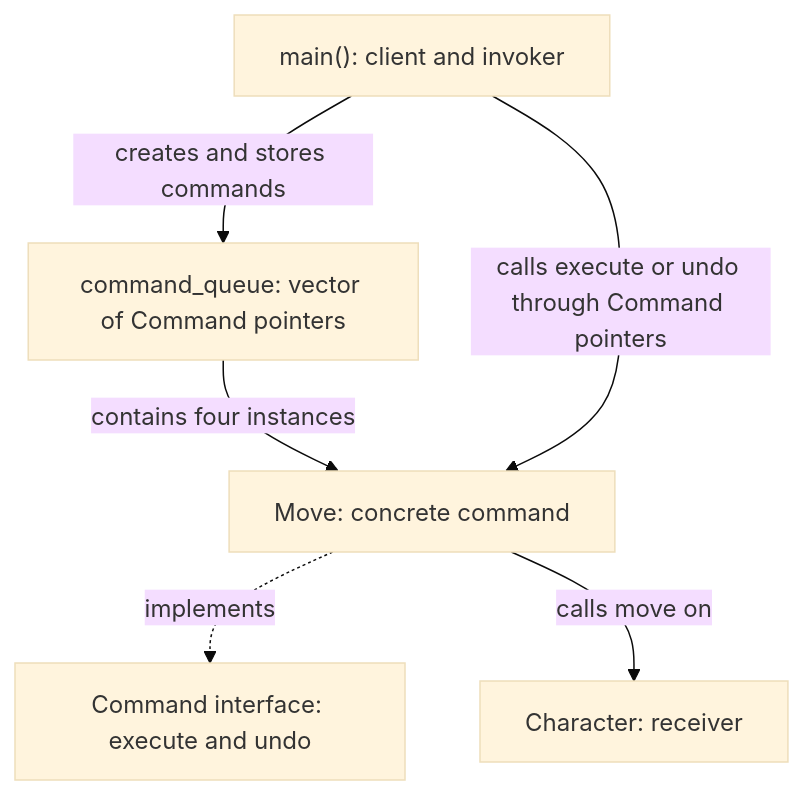
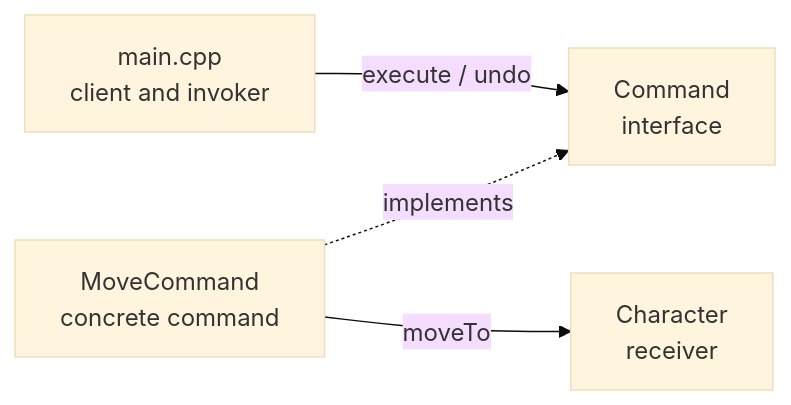
Before and after one commit to vinaykvv00/Design_Pattern_Cpp: the diagram in command/Readme.md, drawn with Mermaid (base theme). The commit also changed other lines of this file and 16 other files, not shown here.

````diff
--- a/command/Readme.md
+++ b/command/Readme.md
@@ -37,8 +9,6 @@
 ```mermaid
-flowchart TD
-		Main["main(): client and invoker"] -->|creates and stores commands| Queue["command_queue: vector of Command pointers"]
-		Queue -->|contains four instances| Move["Move: concrete command"]
-		Main -->|calls execute or undo through Command pointers| Move
-		Move -.->|implements| Interface["Command interface: execute and undo"]
-		Move -->|calls move on| Character["Character: receiver"]
+flowchart LR
+    Main["main.cpp<br/>client and invoker"] -->|execute / undo| Command["Command<br/>interface"]
+    Move["MoveCommand<br/>concrete command"] -.->|implements| Command
+    Move -->|moveTo| Character["Character<br/>receiver"]
 ```
````
